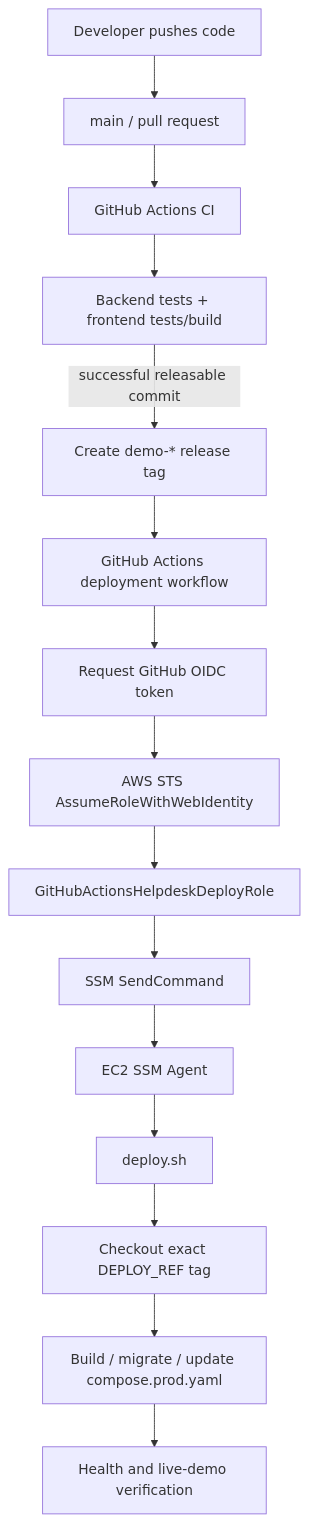
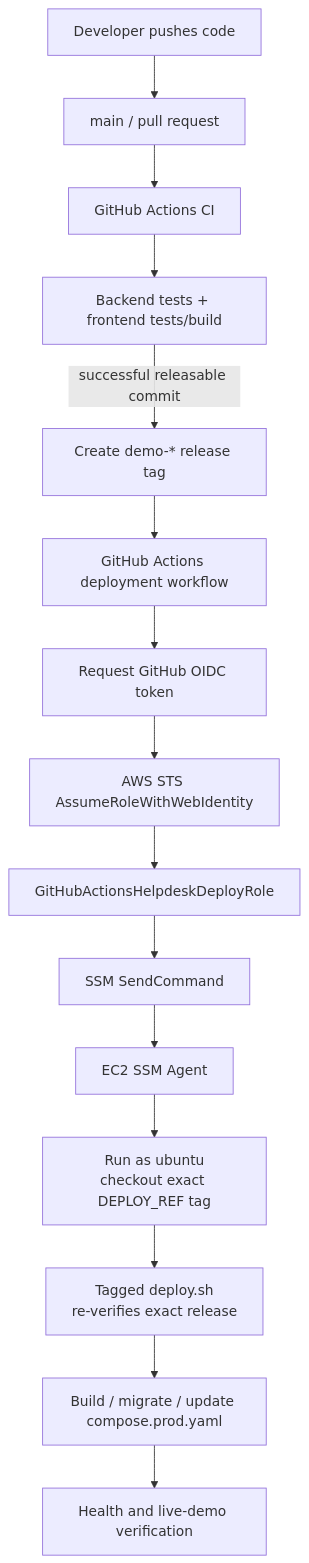
Before and after one commit to chrism7677/enterprise-ai-helpdesk: the third of 3 diagrams in ARCHITECTURE.md, drawn with Mermaid. The commit also changed other lines of this file and 21 other files, not shown here.

````diff
--- a/ARCHITECTURE.md
+++ b/ARCHITECTURE.md
@@ -363,17 +363,17 @@
 ```mermaid
 flowchart TD
     Dev["Developer pushes code"] --> Main["main / pull request"]
     Main --> CI["GitHub Actions CI"]
     CI --> Tests["Backend tests + frontend tests/build"]
     Tests -->|"successful releasable commit"| Tag["Create demo-* release tag"]
     Tag --> Deploy["GitHub Actions deployment workflow"]
     Deploy --> OIDC["Request GitHub OIDC token"]
     OIDC --> STS["AWS STS AssumeRoleWithWebIdentity"]
     STS --> Role["GitHubActionsHelpdeskDeployRole"]
     Role --> SSM["SSM SendCommand"]
     SSM --> Agent["EC2 SSM Agent"]
-    Agent --> Script["deploy.sh"]
-    Script --> Checkout["Checkout exact DEPLOY_REF tag"]
-    Checkout --> Compose["Build / migrate / update compose.prod.yaml"]
+    Agent --> Bootstrap["Run as ubuntu<br/>checkout exact DEPLOY_REF tag"]
+    Bootstrap --> Script["Tagged deploy.sh<br/>re-verifies exact release"]
+    Script --> Compose["Build / migrate / update compose.prod.yaml"]
     Compose --> Verify["Health and live-demo verification"]
 ```
````
